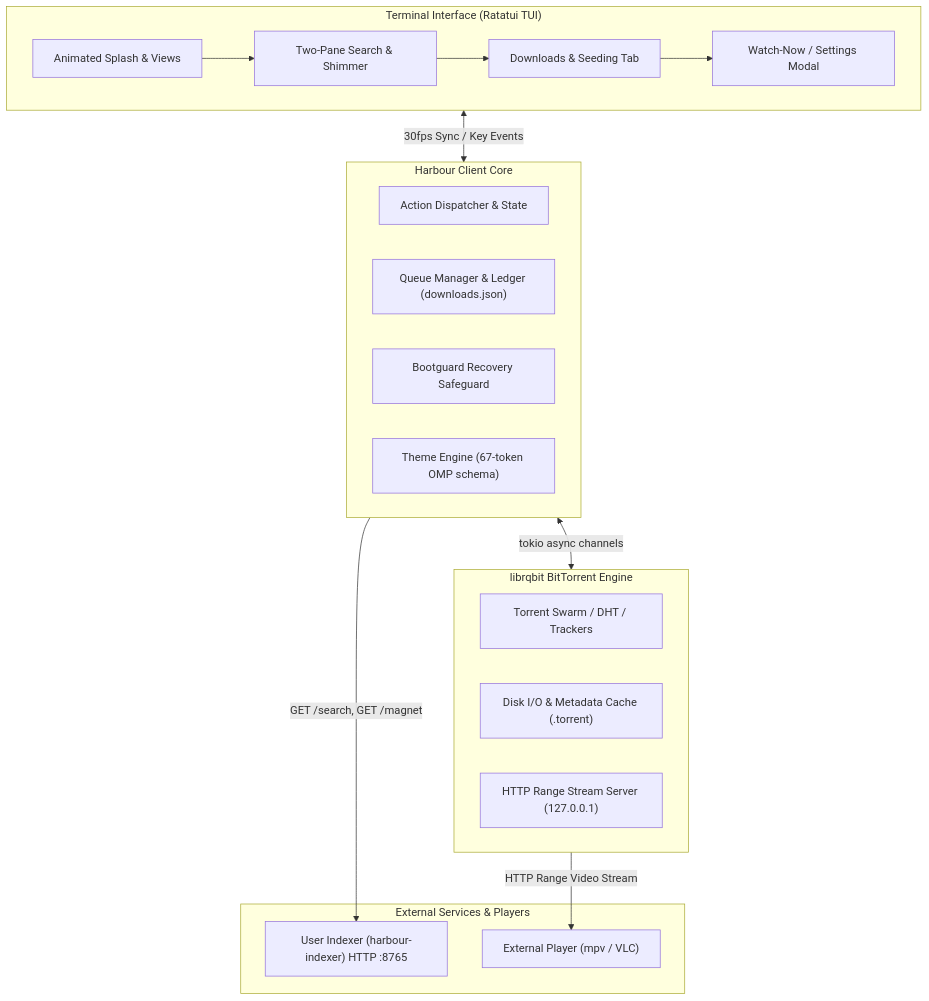
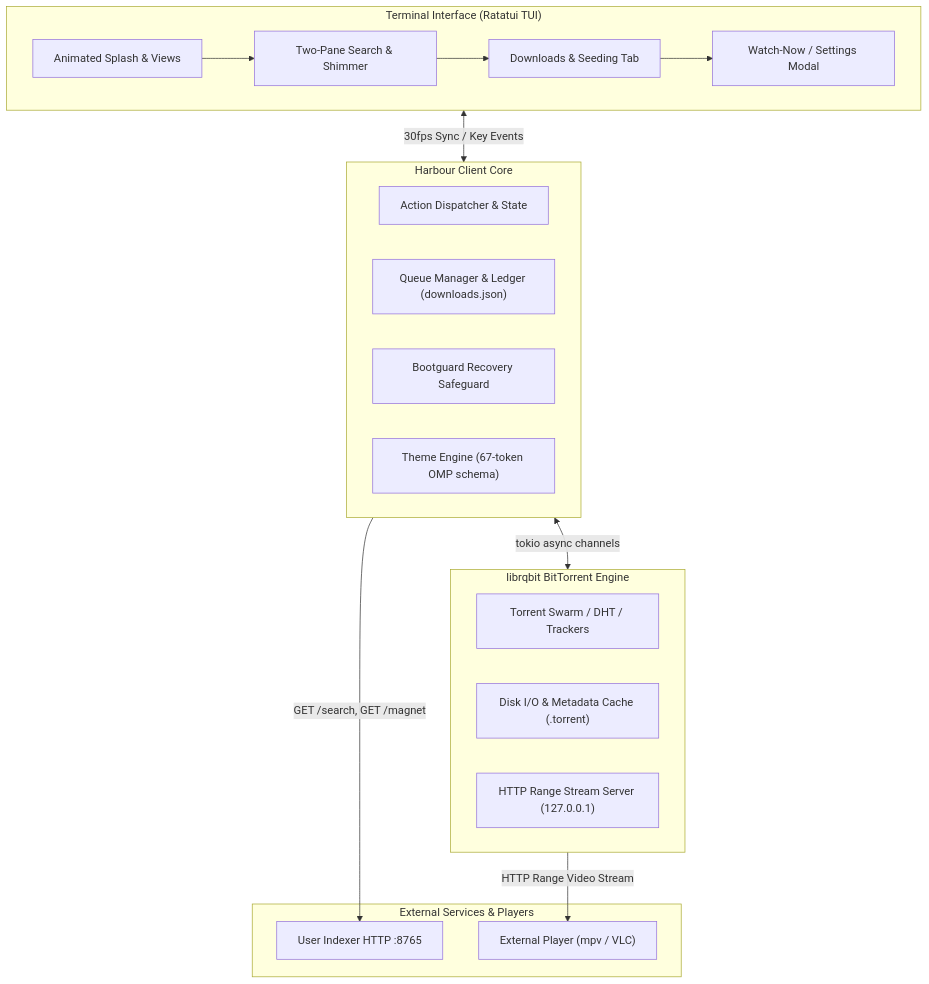
The diagram in README.md (Ishannaik/harbour), drawn with Mermaid before and after one commit. The commit also changed other lines of this file and 8 other files, not shown here.

First line of the commit message:
docs: keep catalogs in the user-run indexer

````diff
--- a/README.md
+++ b/README.md
@@ -124,31 +124,31 @@
 ```mermaid
 flowchart TD
     subgraph UI ["Terminal Interface (Ratatui TUI)"]
         A["Animated Splash & Views"] --> B["Two-Pane Search & Shimmer"]
         B --> C["Downloads & Seeding Tab"]
         C --> D["Watch-Now / Settings Modal"]
     end
 
     subgraph Core ["Harbour Client Core"]
         E["Action Dispatcher & State"]
         F["Queue Manager & Ledger (downloads.json)"]
         G["Bootguard Recovery Safeguard"]
         H["Theme Engine (67-token OMP schema)"]
     end
 
     subgraph Engine ["librqbit BitTorrent Engine"]
         I["Torrent Swarm / DHT / Trackers"]
         J["Disk I/O & Metadata Cache (.torrent)"]
         K["HTTP Range Stream Server (127.0.0.1)"]
     end
 
     subgraph External ["External Services & Players"]
-        L["User Indexer (harbour-indexer) HTTP :8765"]
+        L["User Indexer HTTP :8765"]
         M["External Player (mpv / VLC)"]
     end
 
     UI <-->|"30fps Sync / Key Events"| Core
     Core <-->|"tokio async channels"| Engine
     Core -->|"GET /search, GET /magnet"| L
     Engine -->|"HTTP Range Video Stream"| M
 ```
````
